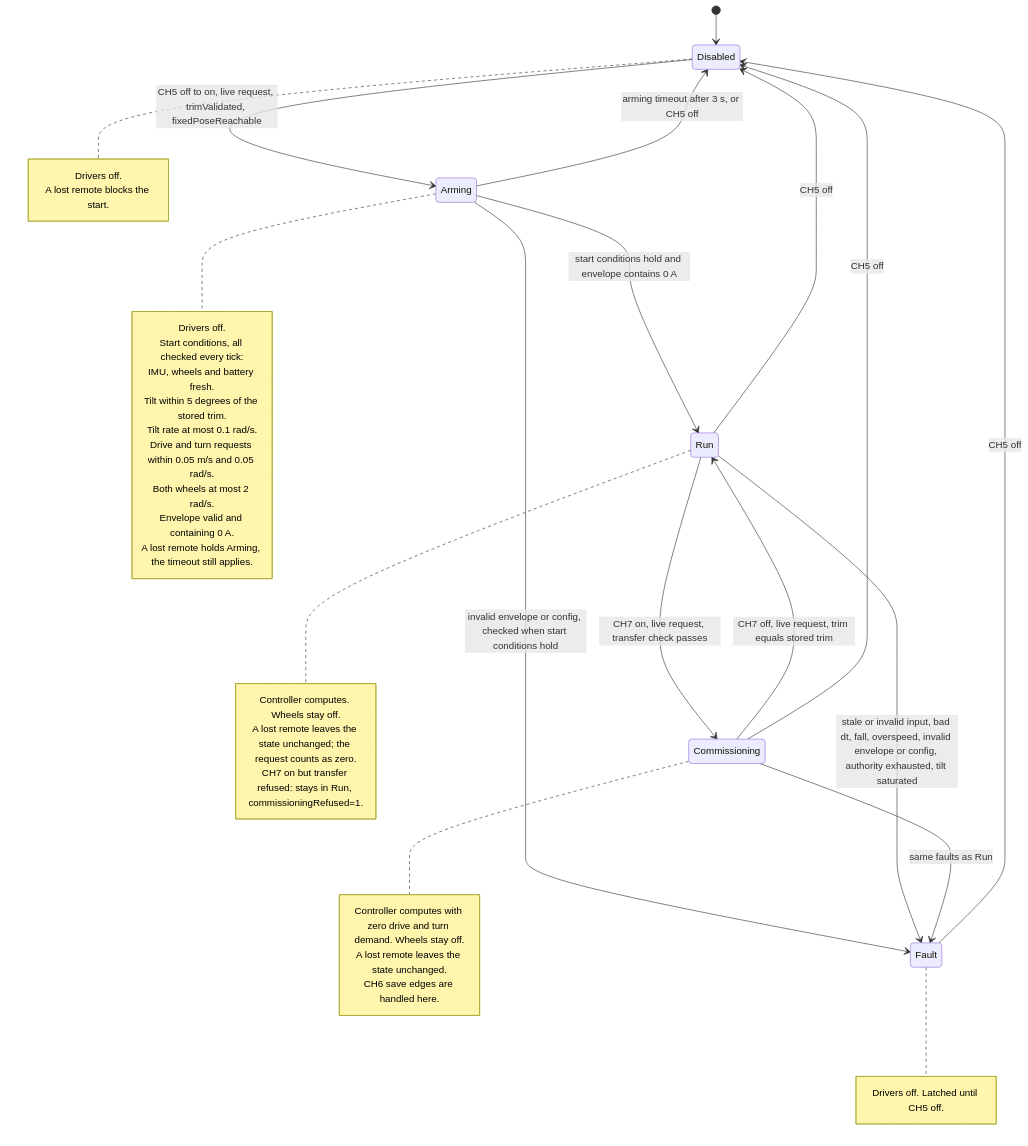
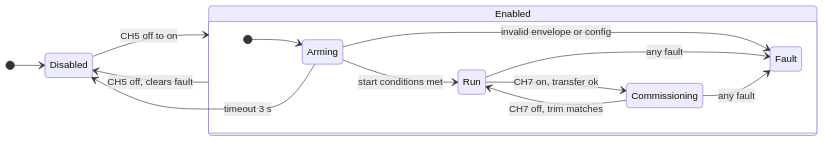
The diagram in docs/robot/software/balance-controller.md (nikolasvoss/Navbot-ES02), drawn with Mermaid before and after one commit. The commit also changed other lines of this file, not shown here.

Commit message:
docs(robot): sort the state diagram so no arrow crosses it
The first diagram spread the boxes and sent arrows across the whole
picture. The four CH5-off arrows are now one arrow from a composite
Enabled state, the states run left to right in the order Disabled,
Arming, Run, Commissioning, Fault, and the labels are short. The timeout
from Arming and the faults from Arming and Commissioning are drawn again.
Rendered with Mermaid 10.9.1 to check the layout.

````diff
--- a/docs/robot/software/balance-controller.md
+++ b/docs/robot/software/balance-controller.md
@@ -27,49 +27,18 @@
 ```mermaid
 stateDiagram-v2
+    direction LR
     [*] --> Disabled
+    Disabled --> Enabled: CH5 off to on
+    Enabled --> Disabled: CH5 off, clears fault
+    Arming --> Disabled: timeout 3 s
 
-    Disabled --> Arming: CH5 off to on, live request, trimValidated, fixedPoseReachable
-    Arming --> Run: start conditions hold and envelope contains 0 A
-    Arming --> Fault: invalid envelope or config, checked when start conditions hold
-    Arming --> Disabled: arming timeout after 3 s, or CH5 off
-    Run --> Commissioning: CH7 on, live request, transfer check passes
-    Commissioning --> Run: CH7 off, live request, trim equals stored trim
-    Run --> Fault: stale or invalid input, bad dt, fall, overspeed, invalid envelope or config, authority exhausted, tilt saturated
-    Commissioning --> Fault: same faults as Run
-    Run --> Disabled: CH5 off
-    Commissioning --> Disabled: CH5 off
-    Fault --> Disabled: CH5 off
-
-    note right of Disabled
-        Drivers off.
-        A lost remote blocks the start.
-    end note
-
-    note right of Arming
-        Drivers off.
-        Start conditions, all checked every tick:
-        IMU, wheels and battery fresh.
-        Tilt within 5 degrees of the stored trim.
-        Tilt rate at most 0.1 rad/s.
-        Drive and turn requests within 0.05 m/s and 0.05 rad/s.
-        Both wheels at most 2 rad/s.
-        Envelope valid and containing 0 A.
-        A lost remote holds Arming, the timeout still applies.
-    end note
-
-    note right of Run
-        Controller computes. Wheels stay off.
-        A lost remote leaves the state unchanged; the request counts as zero.
-        CH7 on but transfer refused: stays in Run, commissioningRefused=1.
-    end note
-
-    note right of Commissioning
-        Controller computes with zero drive and turn demand. Wheels stay off.
-        A lost remote leaves the state unchanged.
-        CH6 save edges are handled here.
-    end note
-
-    note right of Fault
-        Drivers off. Latched until CH5 off.
-    end note
+    state Enabled {
+        [*] --> Arming
+        Arming --> Run: start conditions met
+        Arming --> Fault: invalid envelope or config
+        Run --> Commissioning: CH7 on, transfer ok
+        Commissioning --> Run: CH7 off, trim matches
+        Run --> Fault: any fault
+        Commissioning --> Fault: any fault
+    }
 ```
````
